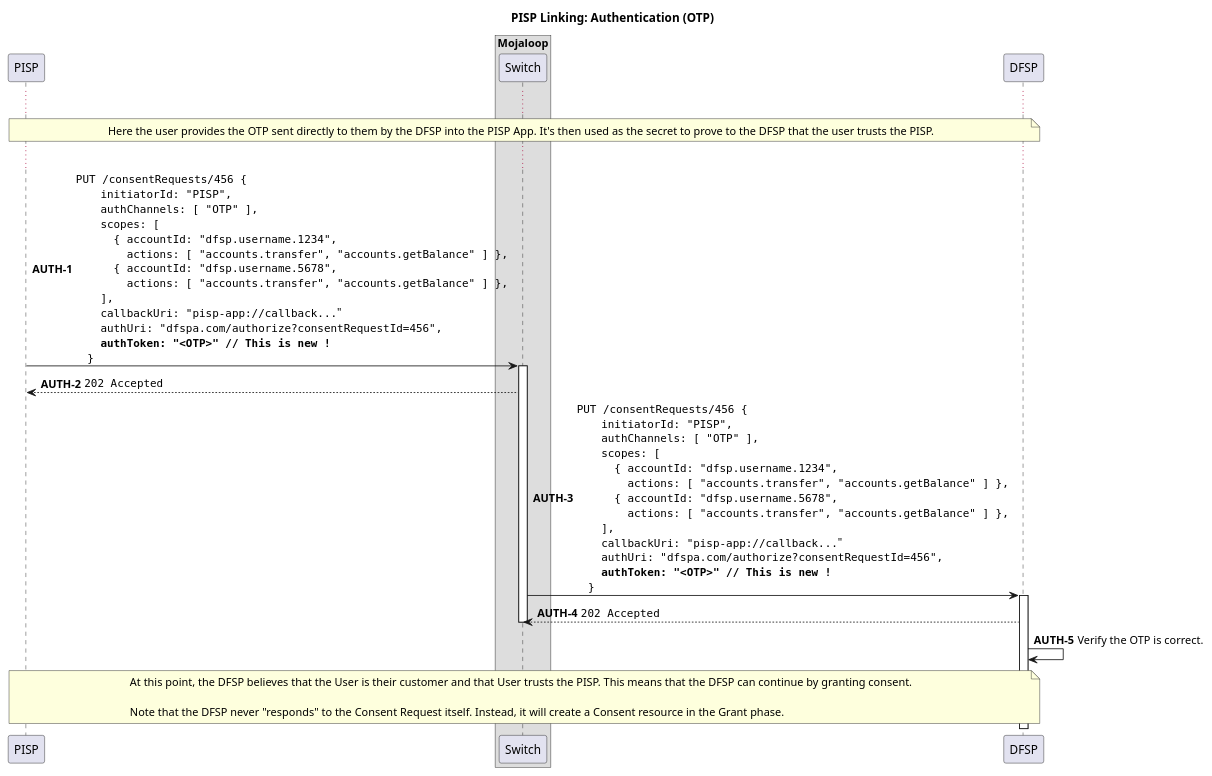
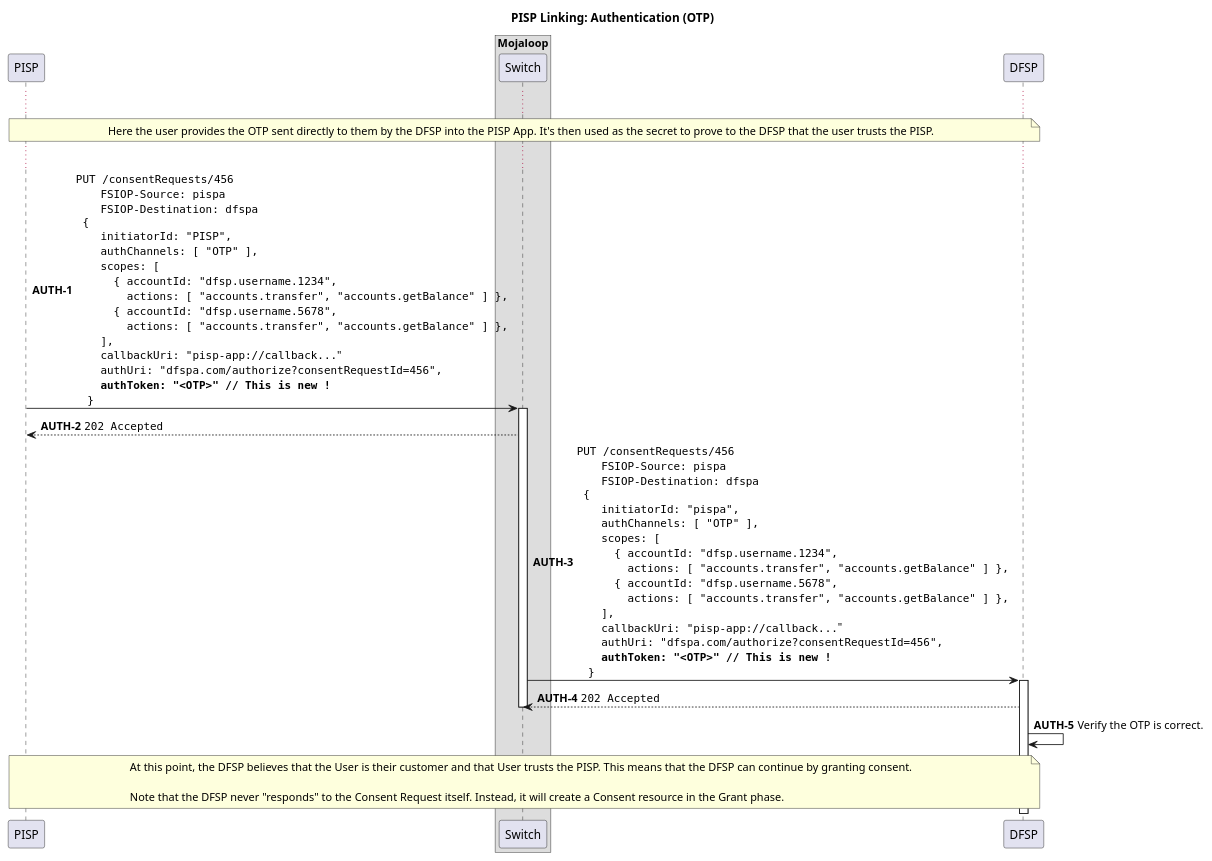
The diagram in docs/linking/3-authentication-otp.puml (mojaloop/pisp-project), drawn with PlantUML before and after one commit. The commit also changed 9 other files, not shown here.

Commit message:
feat: update sequence diagrams to show correct headers

```diff
--- a/docs/linking/3-authentication-otp.puml
+++ b/docs/linking/3-authentication-otp.puml
@@ -1,63 +1,69 @@
 @startuml
 
 title PISP Linking: Authentication (OTP)
 
 participant "PISP" as PISP
 
 box "Mojaloop"
     participant Switch
 end box
 
 participant "DFSP" as DFSP
 
 autonumber 1 "<b>AUTH-#</b>"
 
 ...
 
 note over PISP, DFSP
   Here the user provides the OTP sent directly to them by the DFSP into the PISP App. It's then used as the secret to prove to the DFSP that the user trusts the PISP.
 end note
 
 ...
 
-PISP -> Switch ++: ""PUT /consentRequests/456 {""\n\
+PISP -> Switch ++: ""PUT /consentRequests/456""\n\
+    ""  FSIOP-Source: pispa""\n\
+    ""  FSIOP-Destination: dfspa""\n\
+"" {""\n\
     ""  initiatorId: "PISP",""\n\
     ""  authChannels: [ "OTP" ],""\n\
     ""  scopes: [ ""\n\
     ""    { accountId: "dfsp.username.1234",""\n\
     ""      actions: [ "accounts.transfer", "accounts.getBalance" ] },""\n\
     ""    { accountId: "dfsp.username.5678",""\n\
     ""      actions: [ "accounts.transfer", "accounts.getBalance" ] },""\n\
     ""  ],""\n\
     ""  callbackUri: "pisp-app://callback..."""\n\
     ""  authUri: "dfspa.com/authorize?consentRequestId=456",""\n\
     ""  **authToken: "<OTP>" // This is new !**""\n\
     ""}""
 Switch --> PISP: ""202 Accepted""
 deactivate PISP
 
-Switch -> DFSP ++: ""PUT /consentRequests/456 {""\n\
-    ""  initiatorId: "PISP",""\n\
+Switch -> DFSP ++: ""PUT /consentRequests/456""\n\
+    ""  FSIOP-Source: pispa""\n\
+    ""  FSIOP-Destination: dfspa""\n\
+"" {""\n\
+    ""  initiatorId: "pispa",""\n\
     ""  authChannels: [ "OTP" ],""\n\
     ""  scopes: [ ""\n\
     ""    { accountId: "dfsp.username.1234",""\n\
     ""      actions: [ "accounts.transfer", "accounts.getBalance" ] },""\n\
     ""    { accountId: "dfsp.username.5678",""\n\
     ""      actions: [ "accounts.transfer", "accounts.getBalance" ] },""\n\
     ""  ],""\n\
     ""  callbackUri: "pisp-app://callback..."""\n\
     ""  authUri: "dfspa.com/authorize?consentRequestId=456",""\n\
     ""  **authToken: "<OTP>" // This is new !**""\n\
     ""}""
 DFSP --> Switch: ""202 Accepted""
 deactivate Switch
 
 DFSP -> DFSP: Verify the OTP is correct.
 
 note over PISP, DFSP
   At this point, the DFSP believes that the User is their customer and that User trusts the PISP. This means that the DFSP can continue by granting consent.
 
   Note that the DFSP never "responds" to the Consent Request itself. Instead, it will create a Consent resource in the Grant phase.
 end note
 
 @enduml
```
